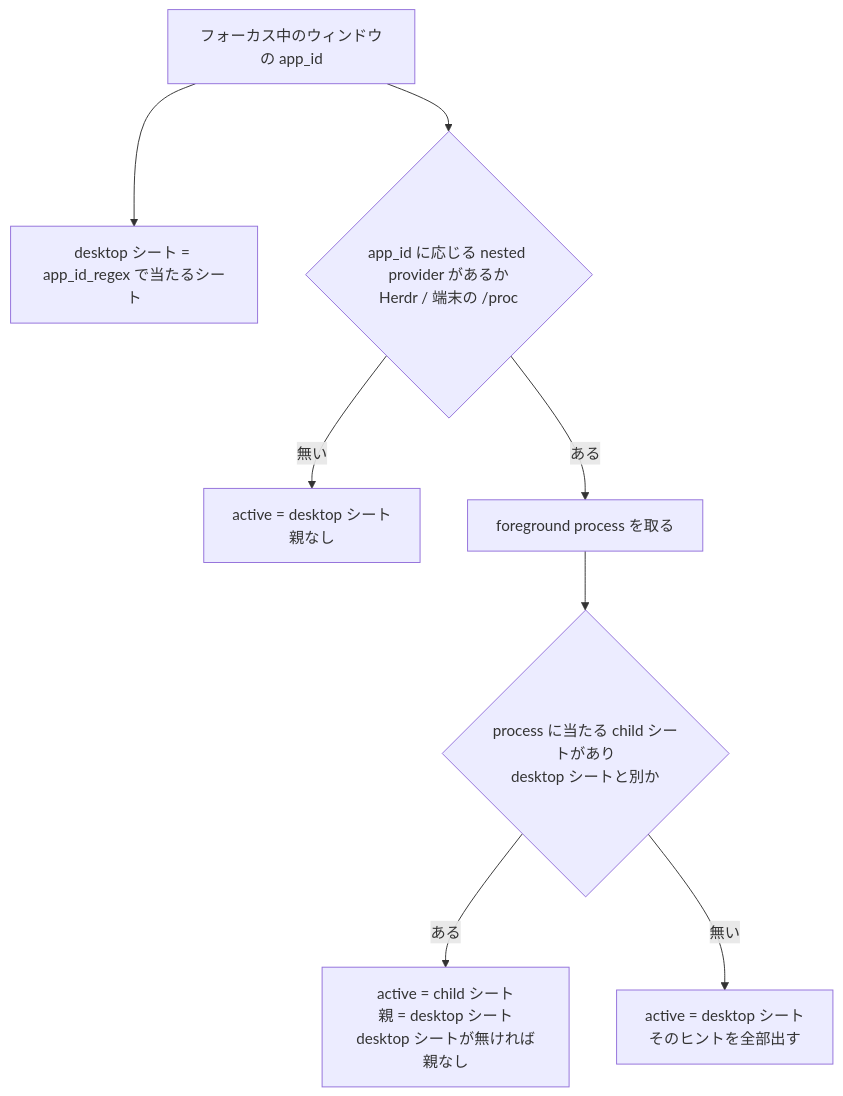
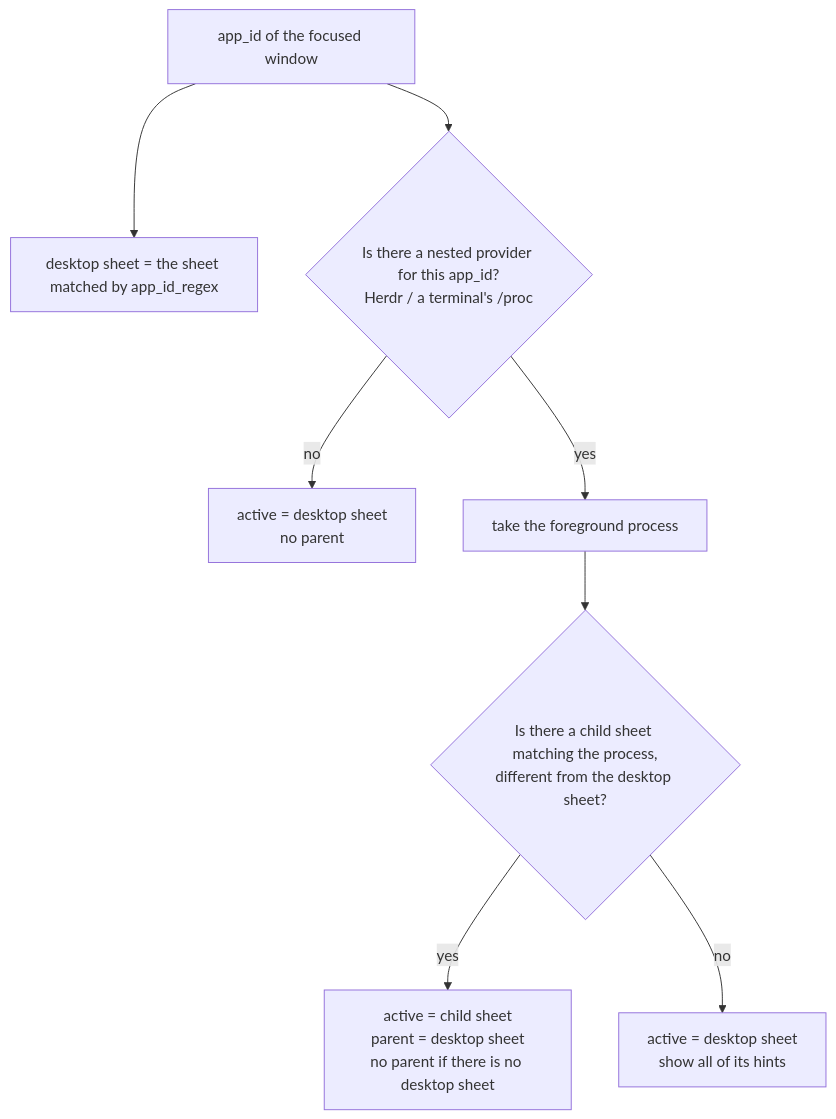
One commit to yasuoeto/wayhint changed the first of 5 diagrams in docs/SHEETS.md. Above: the diagram before and after it, drawn with Mermaid. The commit also changed other lines of this file and 23 other files, not shown here.

````diff
--- a/docs/SHEETS.md
+++ b/docs/SHEETS.md
@@ -16,10 +22,10 @@
 ```mermaid
 flowchart TD
-    A[フォーカス中のウィンドウの app_id] --> B[desktop シート = app_id_regex で当たるシート]
-    A --> C{app_id に応じる nested provider があるか<br/>Herdr / 端末の /proc}
-    C -- 無い --> D[active = desktop シート<br/>親なし]
-    C -- ある --> E[foreground process を取る]
-    E --> F{process に当たる child シートがあり<br/>desktop シートと別か}
-    F -- ある --> G[active = child シート<br/>親 = desktop シート<br/>desktop シートが無ければ親なし]
-    F -- 無い --> H[active = desktop シート<br/>そのヒントを全部出す]
+    A[app_id of the focused window] --> B[desktop sheet = the sheet matched by app_id_regex]
+    A --> C{Is there a nested provider for this app_id?<br/>Herdr / a terminal's /proc}
+    C -- no --> D[active = desktop sheet<br/>no parent]
+    C -- yes --> E[take the foreground process]
+    E --> F{Is there a child sheet matching the process,<br/>different from the desktop sheet?}
+    F -- yes --> G[active = child sheet<br/>parent = desktop sheet<br/>no parent if there is no desktop sheet]
+    F -- no --> H[active = desktop sheet<br/>show all of its hints]
 ```
````
